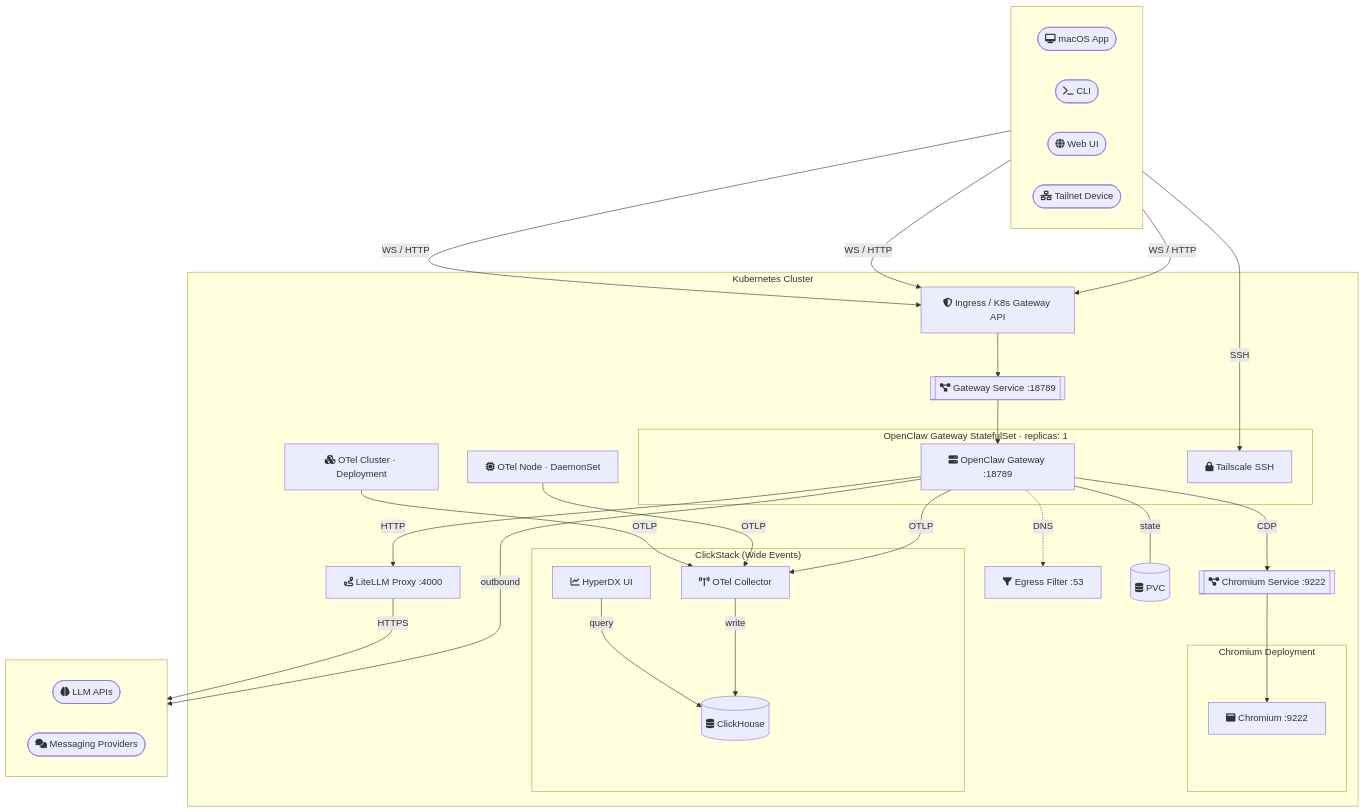
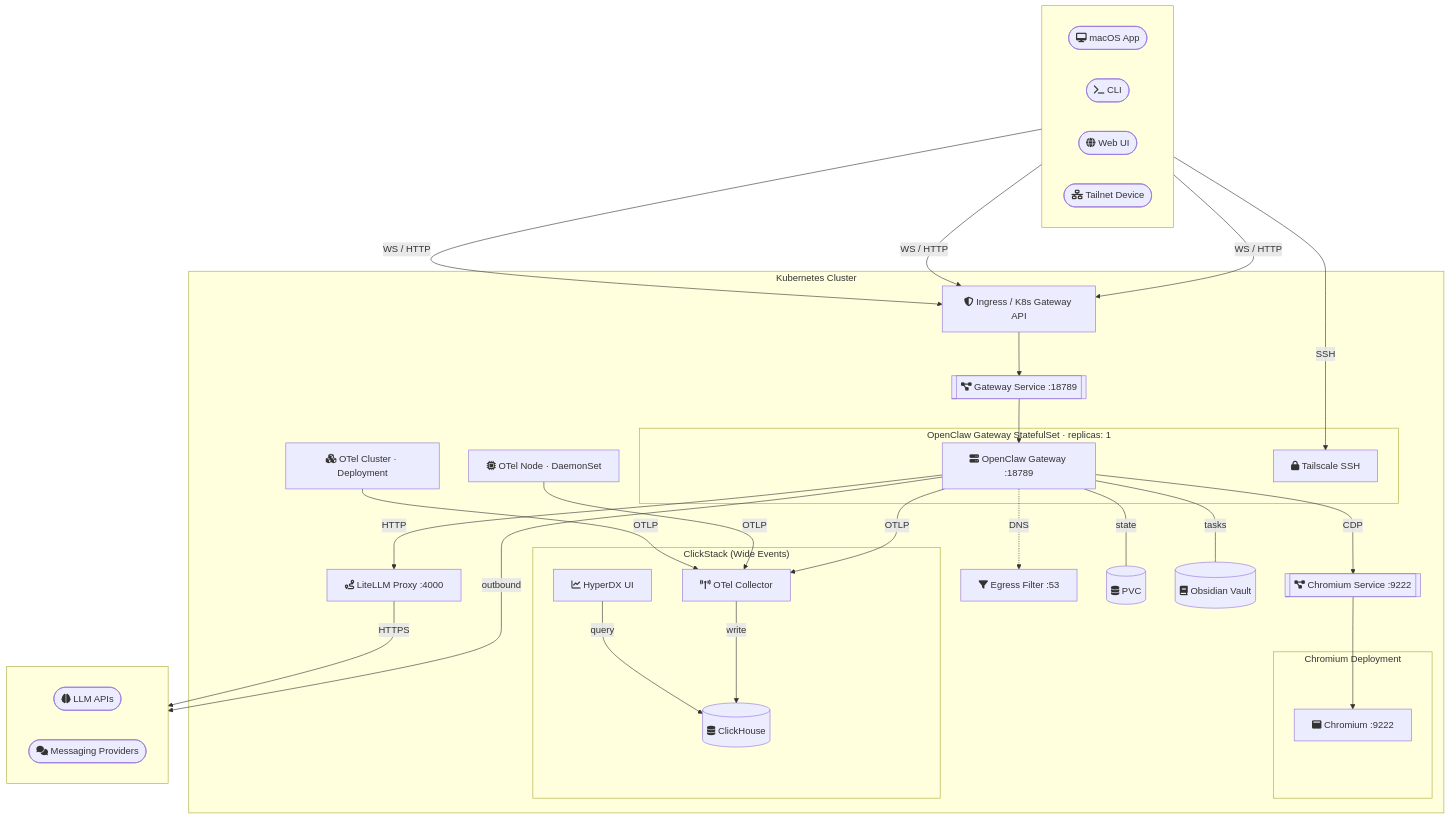
The diagram in README.md (iMerica/kubeclaw), drawn with Mermaid before and after one commit. The commit also changed other lines of this file and 7 other files, not shown here.

````diff
--- a/README.md
+++ b/README.md
@@ -62,59 +62,61 @@
 ```mermaid
 graph TB
     subgraph clients [" "]
         direction LR
         app([fa:fa-desktop macOS App])
         cli([fa:fa-terminal CLI])
         web([fa:fa-globe Web UI])
         tsdevice([fa:fa-network-wired Tailnet Device])
     end
 
     subgraph cluster ["Kubernetes Cluster"]
         ingress[fa:fa-shield-halved Ingress / K8s Gateway API]
 
         subgraph gwpod ["OpenClaw Gateway StatefulSet · replicas: 1"]
             gw[fa:fa-server OpenClaw Gateway :18789]
             ts[fa:fa-lock Tailscale SSH]
         end
 
         subgraph chromepod ["Chromium Deployment"]
             chrome[fa:fa-window-maximize Chromium :9222]
         end
 
         subgraph clickstack ["ClickStack (Wide Events)"]
             otelgw[fa:fa-tower-broadcast OTel Collector]
             clickhouse[(fa:fa-database ClickHouse)]
             hyperdx[fa:fa-chart-line HyperDX UI]
             otelgw -->|write| clickhouse
             hyperdx -->|query| clickhouse
         end
 
         otelnode[fa:fa-microchip OTel Node · DaemonSet]
         otelcluster[fa:fa-cubes OTel Cluster · Deployment]
 
         svc[[fa:fa-diagram-project Gateway Service :18789]]
         chromesvc[[fa:fa-diagram-project Chromium Service :9222]]
         litellm[fa:fa-route LiteLLM Proxy :4000]
         egressfilter[fa:fa-filter Egress Filter :53]
         pvc[(fa:fa-database PVC)]
+        obsidianpvc[(fa:fa-book Obsidian Vault)]
     end
 
     subgraph external [" "]
         direction LR
         llm([fa:fa-brain LLM APIs])
         msg([fa:fa-comments Messaging Providers])
     end
 
     app & cli & web -->|WS / HTTP| ingress
     tsdevice -->|SSH| ts
     ingress --> svc --> gw
     gw -->|CDP| chromesvc --> chrome
     gw -->|HTTP| litellm
     gw -.->|DNS| egressfilter
     gw ---|state| pvc
+    gw ---|tasks| obsidianpvc
     gw -->|outbound| msg
     litellm -->|HTTPS| llm
     gw -->|OTLP| otelgw
     otelnode -->|OTLP| otelgw
     otelcluster -->|OTLP| otelgw
 ```
````
